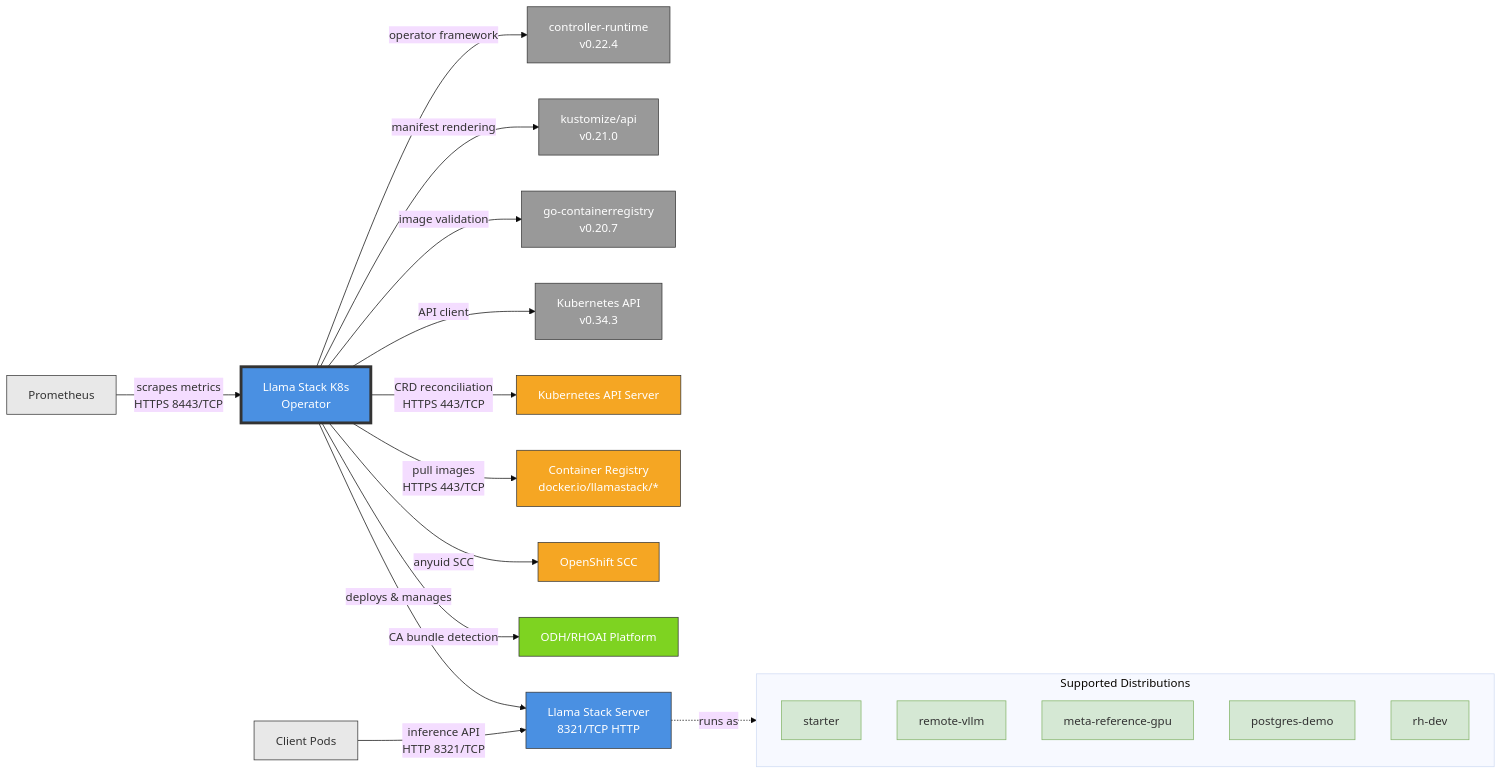
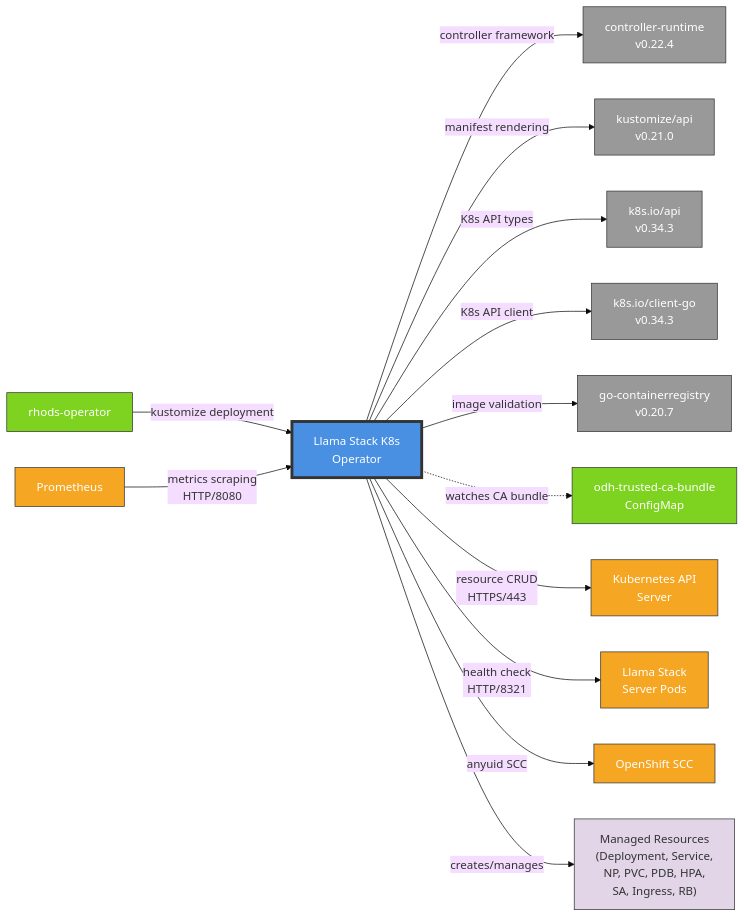
One commit to rhuss/architecture-context changed the diagram in architecture/rhoai-3.4-ea.2/diagrams/llama-stack-k8s-operator-dependencies.mmd. Above: the diagram before and after it, drawn with Mermaid (base theme). The commit also changed 606 other files, not shown here.

```diff
--- a/architecture/rhoai-3.4-ea.2/diagrams/llama-stack-k8s-operator-dependencies.mmd
+++ b/architecture/rhoai-3.4-ea.2/diagrams/llama-stack-k8s-operator-dependencies.mmd
@@ -1,55 +1,40 @@
 %% Component Dependency Graph: Llama Stack K8s Operator
 %% Generated by: Claude Opus 4.6
+%% Source: architecture/rhoai-3.4-ea.2/llama-stack-k8s-operator.md
 
 graph LR
-    LlamaOp["Llama Stack K8s<br/>Operator"]
+    LLSOp["Llama Stack K8s<br/>Operator"]
 
-    %% External Dependencies
-    LlamaOp -->|"operator framework"| ControllerRuntime["controller-runtime<br/>v0.22.4"]
-    LlamaOp -->|"manifest rendering"| Kustomize["kustomize/api<br/>v0.21.0"]
-    LlamaOp -->|"image validation"| GoContainerReg["go-containerregistry<br/>v0.20.7"]
-    LlamaOp -->|"API client"| K8sClient["Kubernetes API<br/>v0.34.3"]
+    %% External Dependencies (Go libraries)
+    LLSOp -->|"controller framework"| ControllerRuntime["controller-runtime<br/>v0.22.4"]
+    LLSOp -->|"manifest rendering"| Kustomize["kustomize/api<br/>v0.21.0"]
+    LLSOp -->|"K8s API types"| K8sAPI["k8s.io/api<br/>v0.34.3"]
+    LLSOp -->|"K8s API client"| ClientGo["k8s.io/client-go<br/>v0.34.3"]
+    LLSOp -->|"image validation"| GoContainerReg["go-containerregistry<br/>v0.20.7"]
 
-    %% Platform Dependencies
-    LlamaOp -->|"CRD reconciliation<br/>HTTPS 443/TCP"| K8sAPI["Kubernetes API Server"]
-    LlamaOp -->|"pull images<br/>HTTPS 443/TCP"| ContainerReg["Container Registry<br/>docker.io/llamastack/*"]
-    LlamaOp -->|"anyuid SCC"| OpenShiftSCC["OpenShift SCC"]
-
-    %% Internal ODH Dependencies
-    LlamaOp -->|"CA bundle detection"| ODHPlatform["ODH/RHOAI Platform"]
-
-    %% Managed Components
-    LlamaOp -->|"deploys & manages"| LlamaServer["Llama Stack Server<br/>8321/TCP HTTP"]
+    %% Internal RHOAI Dependencies
+    RhodsOp["rhods-operator"] -->|"kustomize deployment"| LLSOp
+    LLSOp -.->|"watches CA bundle"| ODHCABundle["odh-trusted-ca-bundle<br/>ConfigMap"]
 
     %% Integration Points
-    Prometheus["Prometheus"] -->|"scrapes metrics<br/>HTTPS 8443/TCP"| LlamaOp
-    ClientPod["Client Pods"] -->|"inference API<br/>HTTP 8321/TCP"| LlamaServer
+    LLSOp -->|"resource CRUD<br/>HTTPS/443"| K8sAPIServer["Kubernetes API<br/>Server"]
+    LLSOp -->|"health check<br/>HTTP/8321"| LLSDPods["Llama Stack<br/>Server Pods"]
+    Prometheus["Prometheus"] -->|"metrics scraping<br/>HTTP/8080"| LLSOp
+    LLSOp -->|"anyuid SCC"| OpenShiftSCC["OpenShift SCC"]
 
-    %% Distributions
-    subgraph Distributions["Supported Distributions"]
-        Starter["starter"]
-        RemoteVLLM["remote-vllm"]
-        MetaRefGPU["meta-reference-gpu"]
-        PostgresDemo["postgres-demo"]
-        RHDev["rh-dev"]
-    end
+    %% Managed Resources
+    LLSOp -->|"creates/manages"| ManagedRes["Managed Resources<br/>(Deployment, Service,<br/>NP, PVC, PDB, HPA,<br/>SA, Ingress, RB)"]
 
-    LlamaServer -.->|"runs as"| Distributions
-
-    style LlamaOp fill:#4a90e2,stroke:#333,stroke-width:4px,color:#fff
+    style LLSOp fill:#4a90e2,stroke:#333,stroke-width:4px,color:#fff
     style ControllerRuntime fill:#999,stroke:#333,color:#fff
     style Kustomize fill:#999,stroke:#333,color:#fff
+    style K8sAPI fill:#999,stroke:#333,color:#fff
+    style ClientGo fill:#999,stroke:#333,color:#fff
     style GoContainerReg fill:#999,stroke:#333,color:#fff
-    style K8sClient fill:#999,stroke:#333,color:#fff
-    style K8sAPI fill:#f5a623,stroke:#333,color:#fff
-    style ContainerReg fill:#f5a623,stroke:#333,color:#fff
+    style RhodsOp fill:#7ed321,stroke:#333,color:#fff
+    style ODHCABundle fill:#7ed321,stroke:#333,color:#fff
+    style K8sAPIServer fill:#f5a623,stroke:#333,color:#fff
+    style LLSDPods fill:#f5a623,stroke:#333,color:#fff
+    style Prometheus fill:#f5a623,stroke:#333,color:#fff
     style OpenShiftSCC fill:#f5a623,stroke:#333,color:#fff
-    style ODHPlatform fill:#7ed321,stroke:#333,color:#fff
-    style Prometheus fill:#e8e8e8,stroke:#333
-    style ClientPod fill:#e8e8e8,stroke:#333
-    style LlamaServer fill:#4a90e2,stroke:#333,color:#fff
-    style Starter fill:#d5e8d4,stroke:#82b366
-    style RemoteVLLM fill:#d5e8d4,stroke:#82b366
-    style MetaRefGPU fill:#d5e8d4,stroke:#82b366
-    style PostgresDemo fill:#d5e8d4,stroke:#82b366
-    style RHDev fill:#d5e8d4,stroke:#82b366
+    style ManagedRes fill:#e1d5e7,stroke:#333
```
